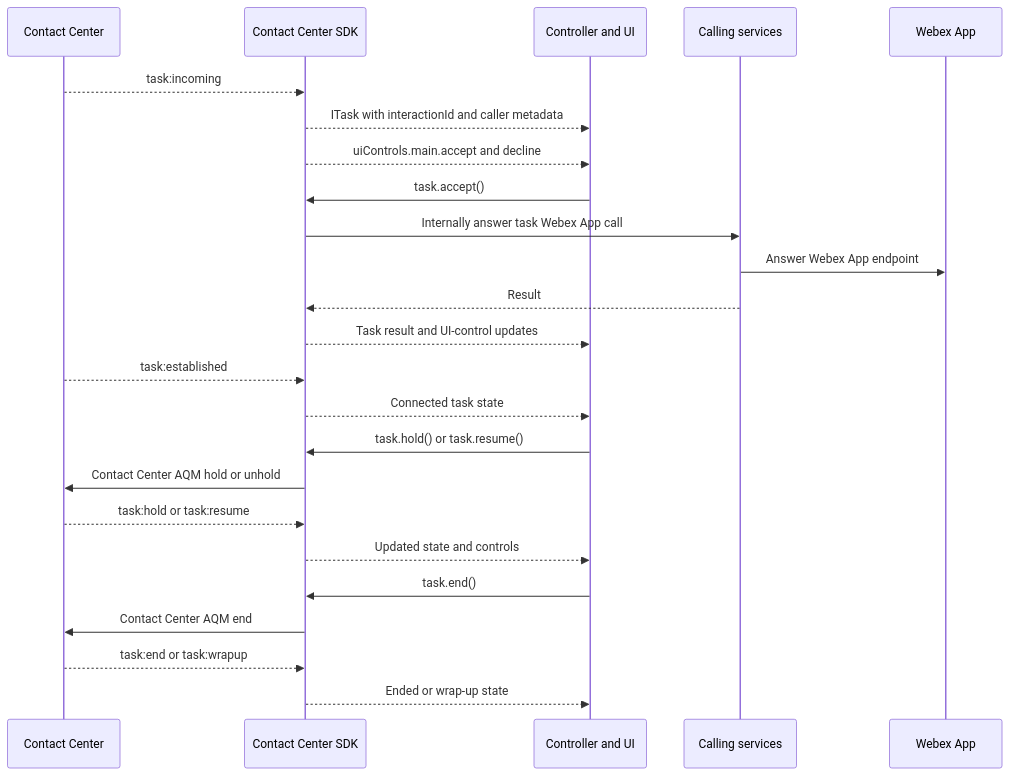
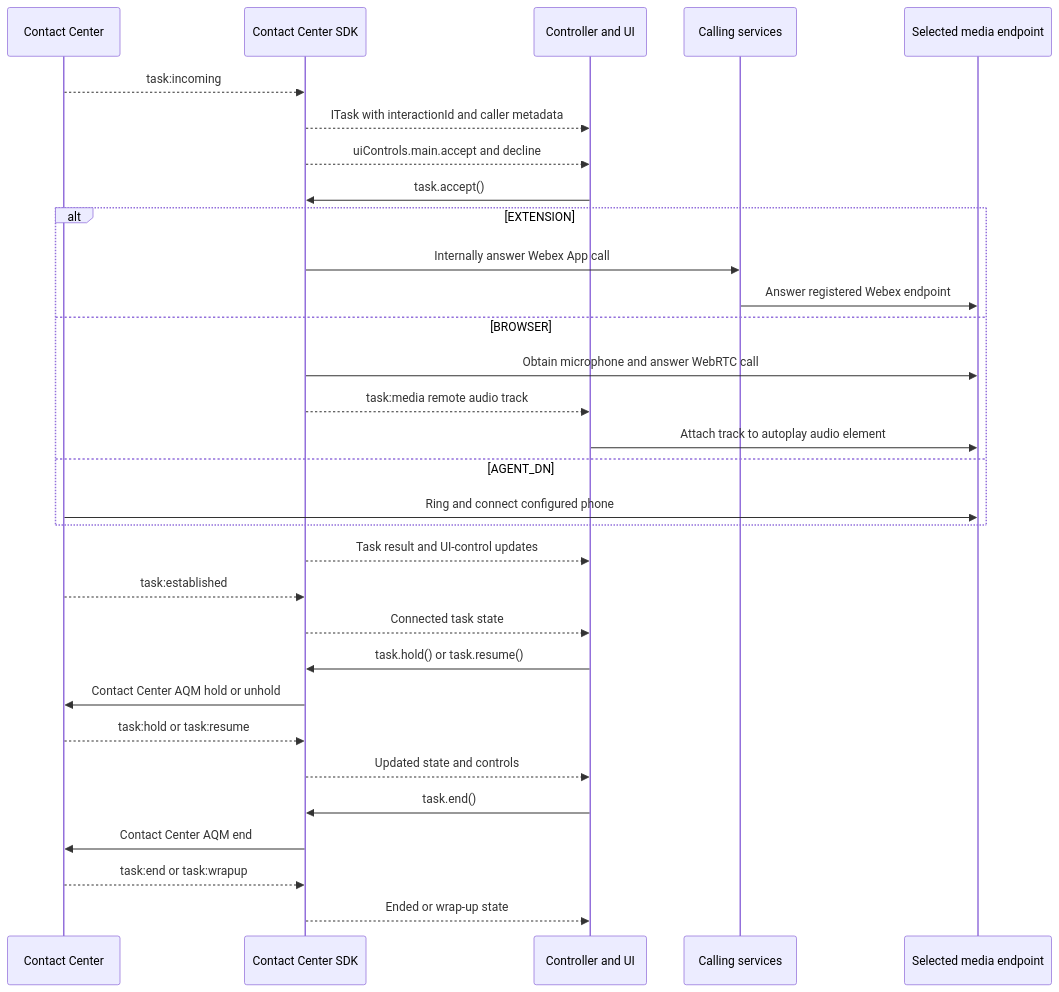
One commit to aashishberry/webexcc_sdk_app changed the fifth of 8 diagrams in ARCHITECTURE.md. Above: the diagram before and after it, drawn with Mermaid. The commit also changed other lines of this file and 10 other files, not shown here.

````diff
--- a/ARCHITECTURE.md
+++ b/ARCHITECTURE.md
@@ -171,27 +183,34 @@
 ```mermaid
 sequenceDiagram
     participant W as Contact Center
     participant SDK as Contact Center SDK
     participant UI as Controller and UI
     participant C as Calling services
-    participant A as Webex App
+    participant M as Selected media endpoint
 
     W-->>SDK: task:incoming
     SDK-->>UI: ITask with interactionId and caller metadata
     SDK-->>UI: uiControls.main.accept and decline
     UI->>SDK: task.accept()
-    SDK->>C: Internally answer task Webex App call
-    C->>A: Answer Webex App endpoint
-    C-->>SDK: Result
+    alt EXTENSION
+        SDK->>C: Internally answer Webex App call
+        C->>M: Answer registered Webex endpoint
+    else BROWSER
+        SDK->>M: Obtain microphone and answer WebRTC call
+        SDK-->>UI: task:media remote audio track
+        UI->>M: Attach track to autoplay audio element
+    else AGENT_DN
+        W->>M: Ring and connect configured phone
+    end
     SDK-->>UI: Task result and UI-control updates
     W-->>SDK: task:established
     SDK-->>UI: Connected task state
     UI->>SDK: task.hold() or task.resume()
     SDK->>W: Contact Center AQM hold or unhold
     W-->>SDK: task:hold or task:resume
     SDK-->>UI: Updated state and controls
     UI->>SDK: task.end()
     SDK->>W: Contact Center AQM end
     W-->>SDK: task:end or task:wrapup
     SDK-->>UI: Ended or wrap-up state
 ```
````
